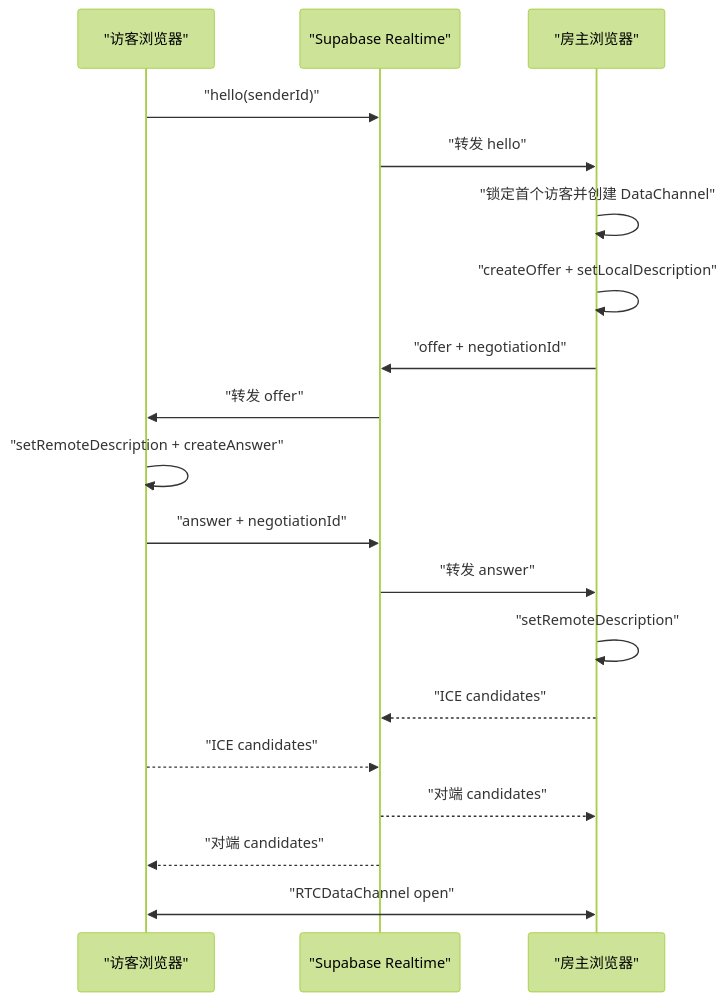
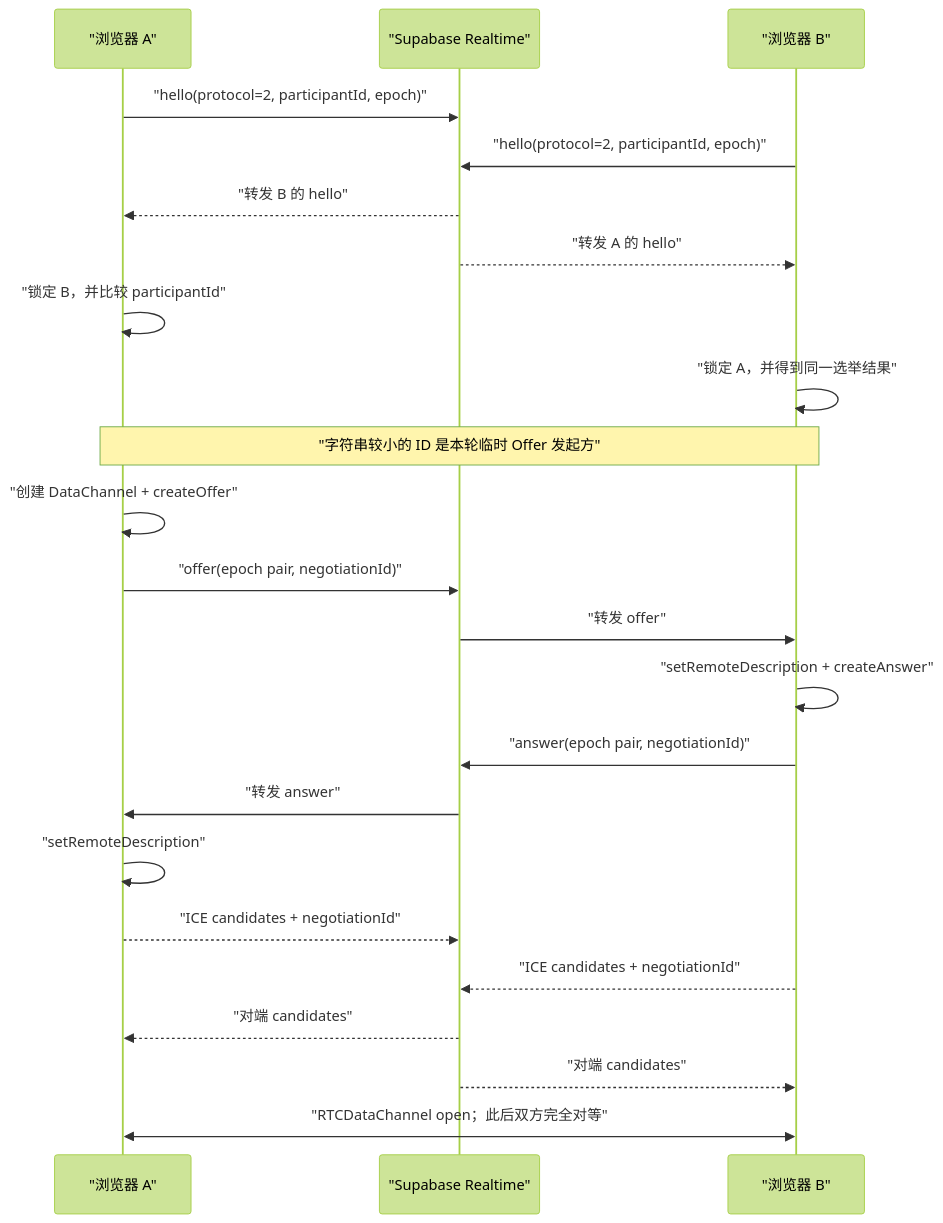
Before and after one commit to MarcWebber/p2p-chat: the diagram in docs/webrtc-security.md, drawn with Mermaid (forest theme). The commit also changed other lines of this file and 23 other files, not shown here.

````diff
--- a/docs/webrtc-security.md
+++ b/docs/webrtc-security.md
@@ -11,22 +11,26 @@
 ```mermaid
 sequenceDiagram
-  participant G as "访客浏览器"
+  participant A as "浏览器 A"
   participant S as "Supabase Realtime"
-  participant H as "房主浏览器"
+  participant B as "浏览器 B"
 
-  G->>S: "hello(senderId)"
-  S->>H: "转发 hello"
-  H->>H: "锁定首个访客并创建 DataChannel"
-  H->>H: "createOffer + setLocalDescription"
-  H->>S: "offer + negotiationId"
-  S->>G: "转发 offer"
-  G->>G: "setRemoteDescription + createAnswer"
-  G->>S: "answer + negotiationId"
-  S->>H: "转发 answer"
-  H->>H: "setRemoteDescription"
-  H-->>S: "ICE candidates"
-  G-->>S: "ICE candidates"
-  S-->>H: "对端 candidates"
-  S-->>G: "对端 candidates"
-  H<<->>G: "RTCDataChannel open"
+  A->>S: "hello(protocol=2, participantId, epoch)"
+  B->>S: "hello(protocol=2, participantId, epoch)"
+  S-->>A: "转发 B 的 hello"
+  S-->>B: "转发 A 的 hello"
+  A->>A: "锁定 B，并比较 participantId"
+  B->>B: "锁定 A，并得到同一选举结果"
+  Note over A,B: "字符串较小的 ID 是本轮临时 Offer 发起方"
+  A->>A: "创建 DataChannel + createOffer"
+  A->>S: "offer(epoch pair, negotiationId)"
+  S->>B: "转发 offer"
+  B->>B: "setRemoteDescription + createAnswer"
+  B->>S: "answer(epoch pair, negotiationId)"
+  S->>A: "转发 answer"
+  A->>A: "setRemoteDescription"
+  A-->>S: "ICE candidates + negotiationId"
+  B-->>S: "ICE candidates + negotiationId"
+  S-->>A: "对端 candidates"
+  S-->>B: "对端 candidates"
+  A<<->>B: "RTCDataChannel open；此后双方完全对等"
 ```
````
